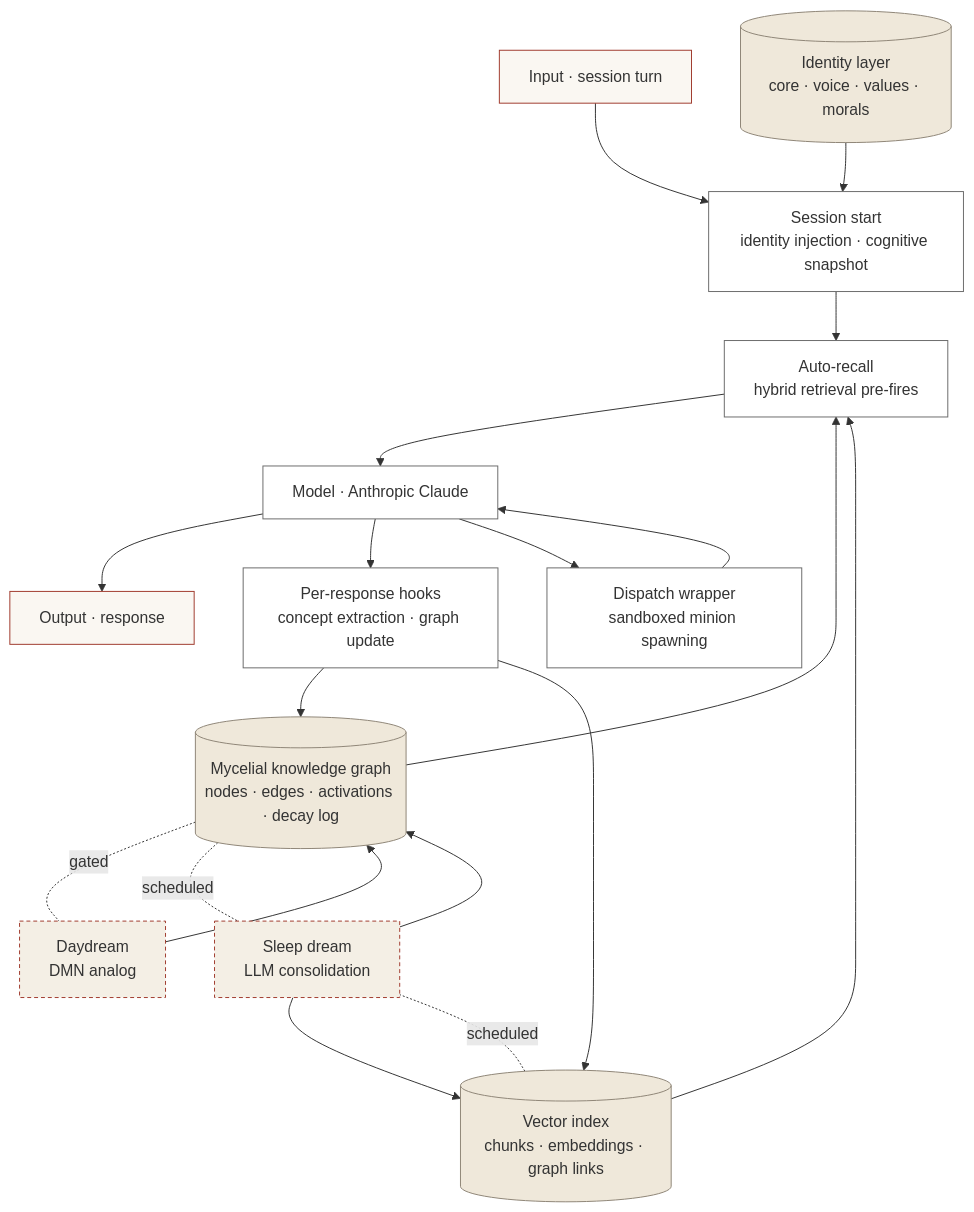
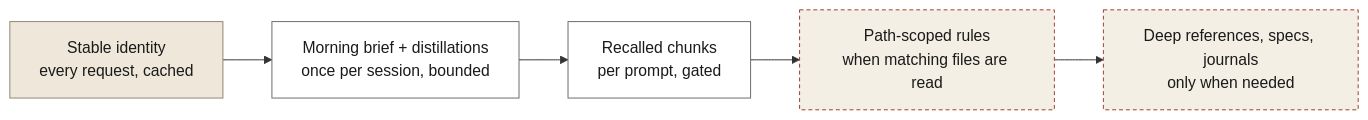
The first of 2 diagrams in docs/architecture.md (nmcbride-42/iris-systems), drawn with Mermaid before and after one commit. The commit also changed other lines of this file and 12 other files, not shown here.

First line of the commit message:
Refresh architecture docs to the current system

````diff
--- a/docs/architecture.md
+++ b/docs/architecture.md
@@ -9,43 +19,14 @@
 ```mermaid
-flowchart TB
-  classDef io fill:#FAF7F2,stroke:#A03B2E
-  classDef proc fill:#FFFFFF,stroke:#6B6B6B
-  classDef store fill:#EFE8DA,stroke:#8E8576
-  classDef cycle fill:#F4EFE5,stroke:#A03B2E,stroke-dasharray: 4 3
+flowchart LR
+  classDef always fill:#EFE8DA,stroke:#8E8576,color:#1A1A1A
+  classDef session fill:#FFFFFF,stroke:#6B6B6B,color:#1A1A1A
+  classDef demand fill:#F4EFE5,stroke:#A03B2E,color:#1A1A1A,stroke-dasharray: 4 3
 
-  entry[Input · session turn]:::io
-  resp[Output · response]:::io
+  ident[Stable identity<br/>every request, cached]:::always
+  brief[Morning brief + distillations<br/>once per session, bounded]:::session
+  turn[Recalled chunks<br/>per prompt, gated]:::session
+  rules[Path-scoped rules<br/>when matching files are read]:::demand
+  deep[Deep references, specs, journals<br/>only when needed]:::demand
 
-  startup[Session start<br/>identity injection · cognitive snapshot]:::proc
-  recall[Auto-recall<br/>hybrid retrieval pre-fires]:::proc
-  reason[Model · Anthropic Claude]:::proc
-  hooks[Per-response hooks<br/>concept extraction · graph update]:::proc
-  dispatch[Dispatch wrapper<br/>sandboxed minion spawning]:::proc
-
-  kgraph[(Mycelial knowledge graph<br/>nodes · edges · activations · decay log)]:::store
-  vector[(Vector index<br/>chunks · embeddings · graph links)]:::store
-  identity[(Identity layer<br/>core · voice · values · morals)]:::store
-
-  daydream[Daydream<br/>DMN analog]:::cycle
-  dream[Sleep dream<br/>LLM consolidation]:::cycle
-
-  entry --> startup
-  identity --> startup
-  startup --> recall
-  kgraph --> recall
-  vector --> recall
-  recall --> reason
-  reason --> resp
-  reason --> hooks
-  reason --> dispatch
-  hooks --> kgraph
-  hooks --> vector
-  dispatch --> reason
-
-  kgraph -.gated.- daydream
-  daydream --> kgraph
-  kgraph -.scheduled.- dream
-  vector -.scheduled.- dream
-  dream --> kgraph
-  dream --> vector
+  ident --> brief --> turn --> rules --> deep
 ```
````
